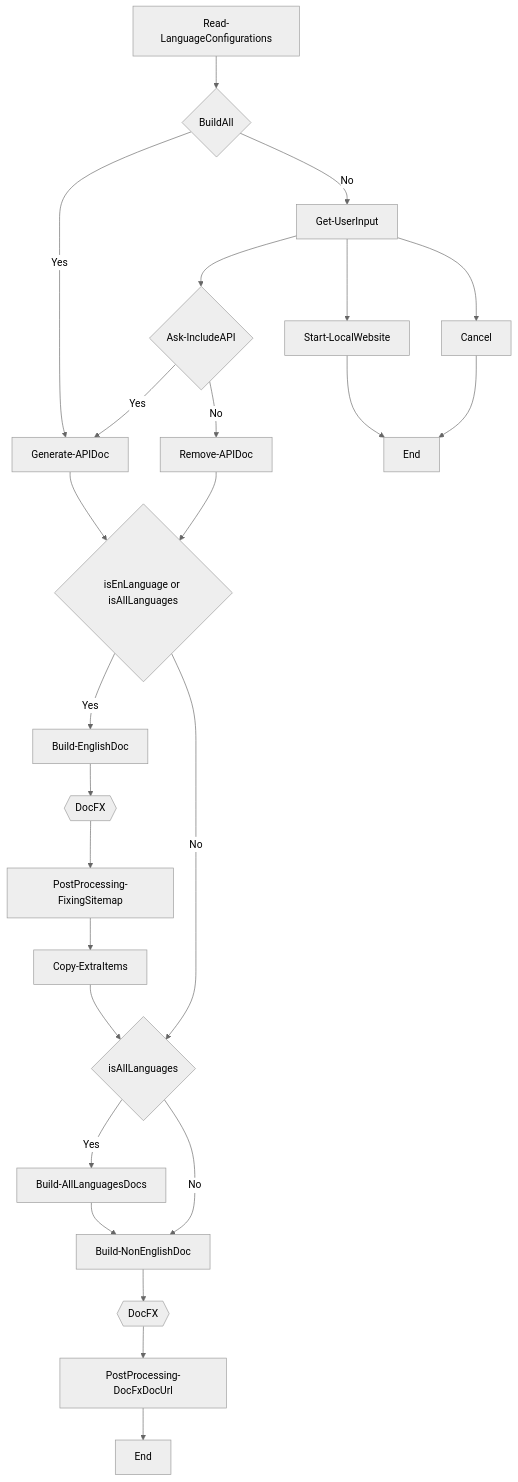
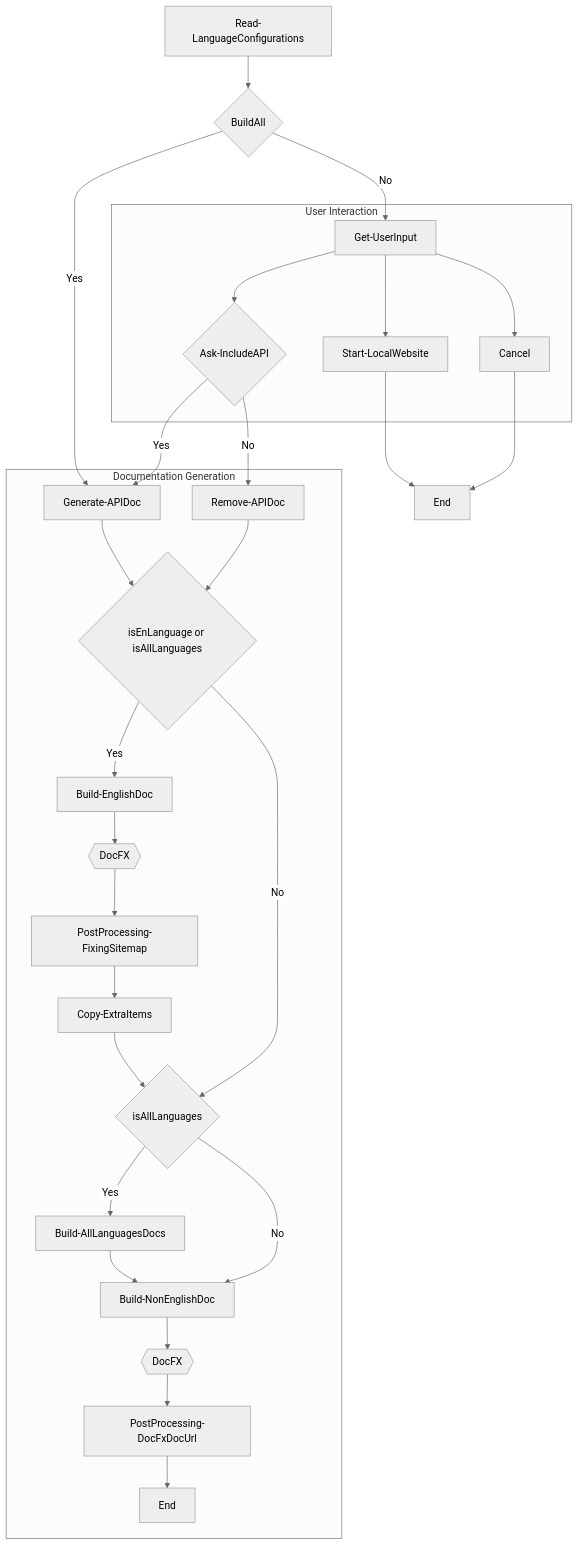
The diagram in README.md (NexStandard/stride-docs-next), drawn with Mermaid (neutral theme) before and after one commit.

````diff
--- a/README.md
+++ b/README.md
@@ -125,44 +125,57 @@
 ``` mermaid
+
+%% Define styles
+
+%% Main Graph
 graph TB
+
+%% Nodes
     A[Read-LanguageConfigurations]
     B{BuildAll}
     C[Get-UserInput]
     D[Generate-APIDoc]
     E{Ask-IncludeAPI}
     End[End]
     F[Start-LocalWebsite]
     G[Cancel]
     H[Remove-APIDoc]
     M{isEnLanguage or isAllLanguages}
     N[Build-EnglishDoc]
     O[PostProcessing-FixingSitemap]
     P[Copy-ExtraItems]
     R{isAllLanguages}
     S[Build-AllLanguagesDocs]
     T[Build-NonEnglishDoc]
     Y[PostProcessing-DocFxDocUrl]
     Z[End]
 
+%% Edges
     A --> B
     B -->|Yes| D
     B -->|No| C
+    subgraph User Interaction
     C --> E
     C --> F
     C --> G
+    end
     F --> End
     G --> End
     E -->|Yes| D
     E -->|No| H
+    subgraph Documentation Generation
     H --> M
     D --> M
     M -->|Yes| N
     M -->|No| R
     N --> DocFX{{DocFX}} --> O --> P
     P --> R
     R -->|Yes| S
     R -->|No| T
     S --> T
     T --> X{{DocFX}}
     X --> Y
     Y --> Z
+    end
+
+%% Subgraphs
 ```
````
